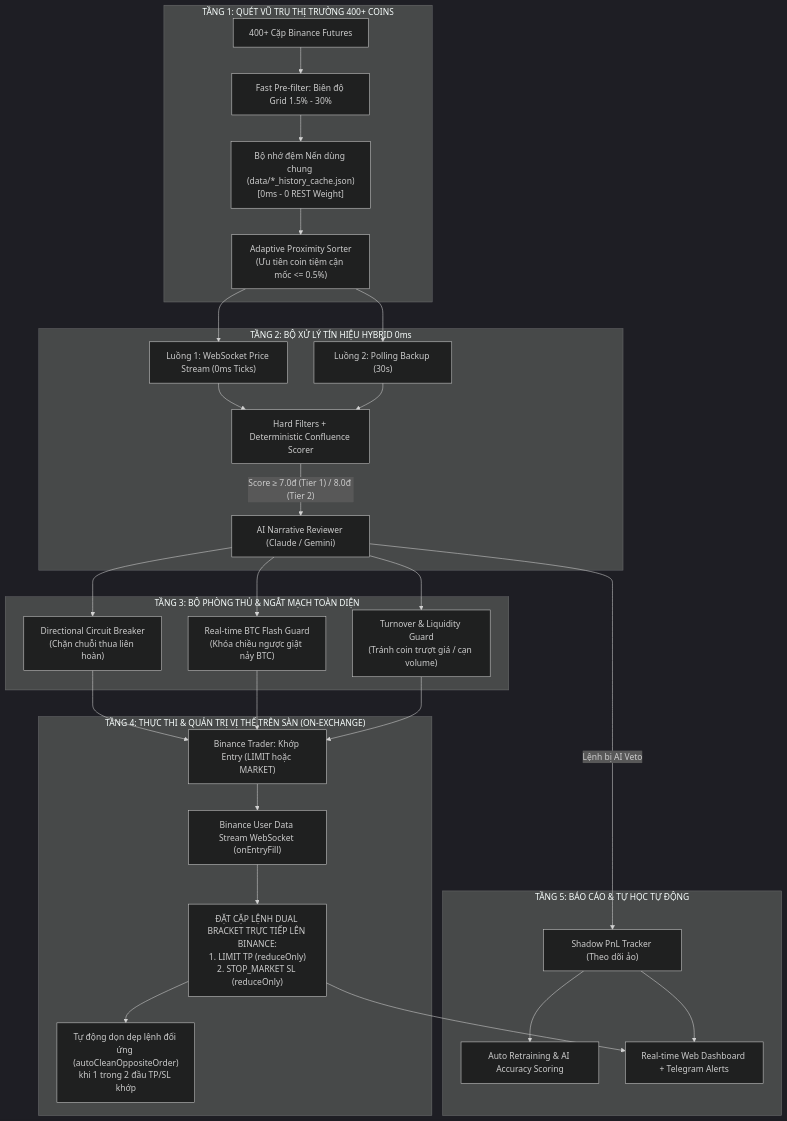
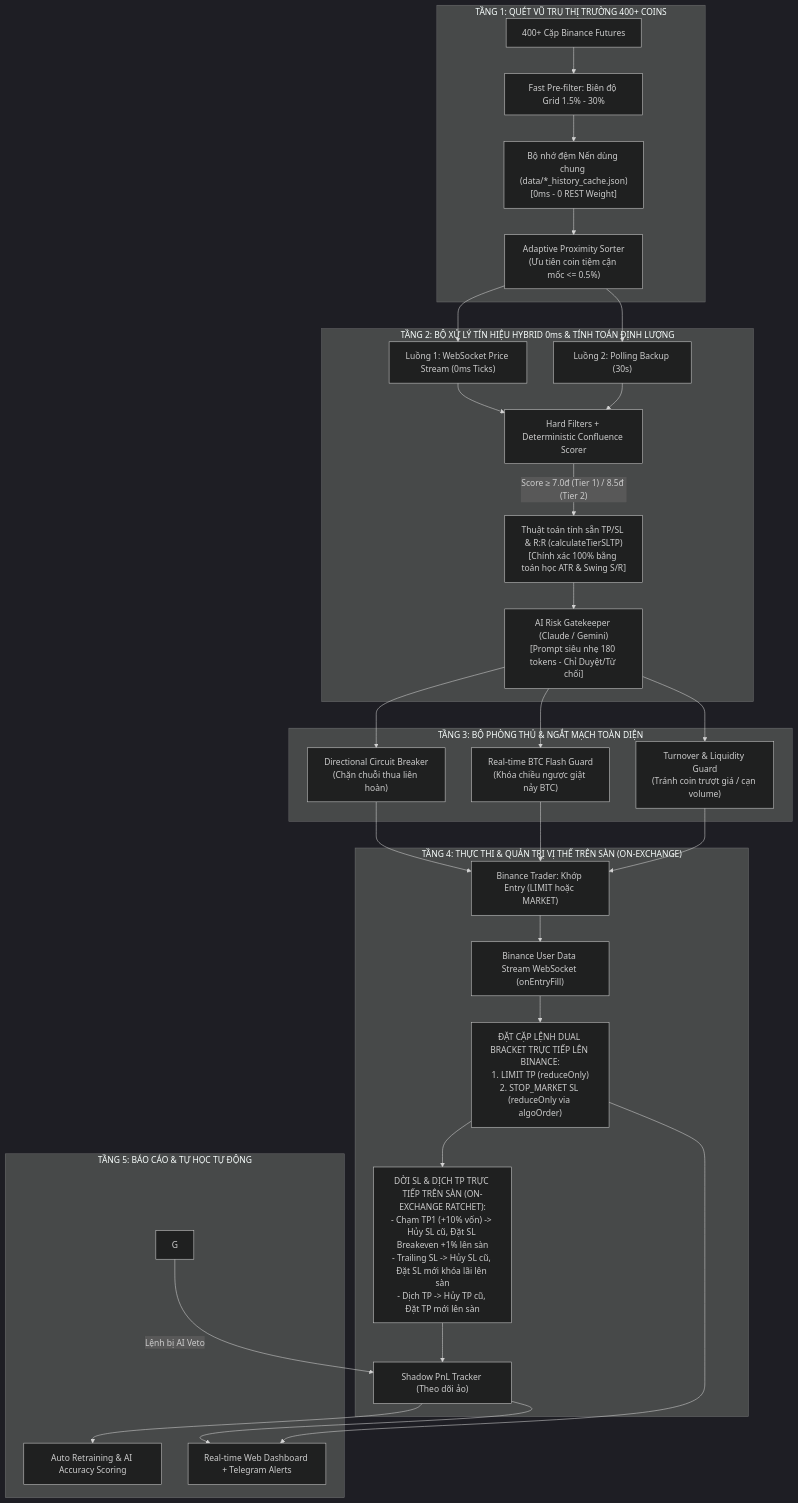
The first of 3 diagrams in bot_new/ROADMAP_UPGRADE_FROM_BOT_H4.md (hoanglam123/369futures), drawn with Mermaid (dark theme) before and after one commit. The commit also changed other lines of this file, not shown here.

Commit message:
docs: detail Phase 2 with deterministic calculateTierSLTP and AI token guard

````diff
--- a/bot_new/ROADMAP_UPGRADE_FROM_BOT_H4.md
+++ b/bot_new/ROADMAP_UPGRADE_FROM_BOT_H4.md
@@ -25,34 +28,36 @@
 ```mermaid
 flowchart TD
     subgraph MarketUniverse ["TẦNG 1: QUÉT VŨ TRỤ THỊ TRƯỜNG 400+ COINS"]
         A["400+ Cặp Binance Futures"] --> B["Fast Pre-filter: Biên độ Grid 1.5% - 30%"]
         B --> C["Bộ nhớ đệm Nến dùng chung (data/*_history_cache.json)\n[0ms - 0 REST Weight]"]
         C --> D["Adaptive Proximity Sorter\n(Ưu tiên coin tiệm cận mốc <= 0.5%)"]
     end
 
-    subgraph SignalEngine ["TẦNG 2: BỘ XỬ LÝ TÍN HIỆU HYBRID 0ms"]
+    subgraph SignalEngine ["TẦNG 2: BỘ XỬ LÝ TÍN HIỆU HYBRID 0ms & TÍNH TOÁN ĐỊNH LƯỢNG"]
         D --> E1["Luồng 1: WebSocket Price Stream (0ms Ticks)"]
         D --> E2["Luồng 2: Polling Backup (30s)"]
         E1 & E2 --> F["Hard Filters + Deterministic Confluence Scorer"]
-        F -- "Score &ge; 7.0đ (Tier 1) / 8.0đ (Tier 2)" --> G["AI Narrative Reviewer (Claude / Gemini)"]
+        F -- "Score &ge; 7.0đ (Tier 1) / 8.5đ (Tier 2)" --> G1["Thuật toán tính sẵn TP/SL & R:R (calculateTierSLTP)\n[Chính xác 100% bằng toán học ATR & Swing S/R]"]
+        G1 --> G2["AI Risk Gatekeeper (Claude / Gemini)\n[Prompt siêu nhẹ 180 tokens - Chỉ Duyệt/Từ chối]"]
     end
 
     subgraph SafetyGate ["TẦNG 3: BỘ PHÒNG THỦ & NGẮT MẠCH TOÀN DIỆN"]
-        G --> H1["Directional Circuit Breaker\n(Chặn chuỗi thua liên hoàn)"]
-        G --> H2["Real-time BTC Flash Guard\n(Khóa chiều ngược giật nảy BTC)"]
-        G --> H3["Turnover & Liquidity Guard\n(Tránh coin trượt giá / cạn volume)"]
+        G2 --> H1["Directional Circuit Breaker\n(Chặn chuỗi thua liên hoàn)"]
+        G2 --> H2["Real-time BTC Flash Guard\n(Khóa chiều ngược giật nảy BTC)"]
+        G2 --> H3["Turnover & Liquidity Guard\n(Tránh coin trượt giá / cạn volume)"]
     end
 
     subgraph ExecutionDualBracket ["TẦNG 4: THỰC THI & QUẢN TRỊ VỊ THẾ TRÊN SÀN (ON-EXCHANGE)"]
         H1 & H2 & H3 --> I["Binance Trader: Khớp Entry (LIMIT hoặc MARKET)"]
         I --> J["Binance User Data Stream WebSocket (onEntryFill)"]
-        J --> K["ĐẶT CẶP LỆNH DUAL BRACKET TRỰC TIẾP LÊN BINANCE:\n1. LIMIT TP (reduceOnly)\n2. STOP_MARKET SL (reduceOnly)"]
-        K --> L["Tự động dọn dẹp lệnh đối ứng (autoCleanOppositeOrder)\nkhi 1 trong 2 đầu TP/SL khớp"]
+        J --> K["ĐẶT CẶP LỆNH DUAL BRACKET TRỰC TIẾP LÊN BINANCE:\n1. LIMIT TP (reduceOnly)\n2. STOP_MARKET SL (reduceOnly via algoOrder)"]
+        K --> L["DỜI SL & DỊCH TP TRỰC TIẾP TRÊN SÀN (ON-EXCHANGE RATCHET):\n- Chạm TP1 (+10% vốn) -> Hủy SL cũ, Đặt SL Breakeven +1% lên sàn\n- Trailing SL -> Hủy SL cũ, Đặt SL mới khóa lãi lên sàn\n- Dịch TP -> Hủy TP cũ, Đặt TP mới lên sàn"]
+        L --> M["Tự động dọn dẹp lệnh đối ứng (autoCleanOppositeOrder)\nkhi 1 trong 2 đầu TP/SL khớp"]
     end
 
     subgraph Analytics ["TẦNG 5: BÁO CÁO & TỰ HỌC TỰ ĐỘNG"]
         G -- "Lệnh bị AI Veto" --> M["Shadow PnL Tracker (Theo dõi ảo)"]
         M --> N["Auto Retraining & AI Accuracy Scoring"]
         K & M --> O["Real-time Web Dashboard + Telegram Alerts"]
     end
 ```
````
